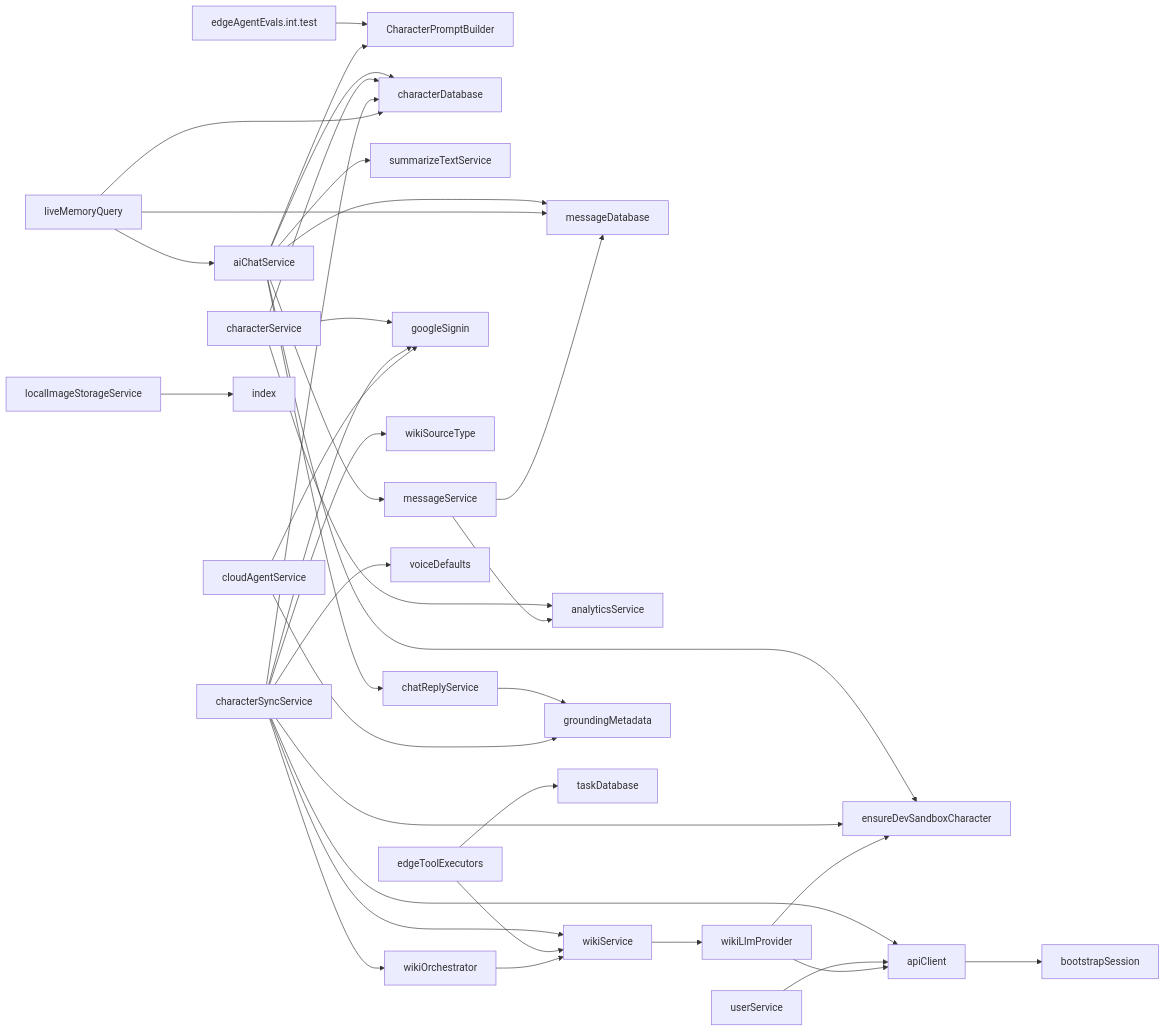
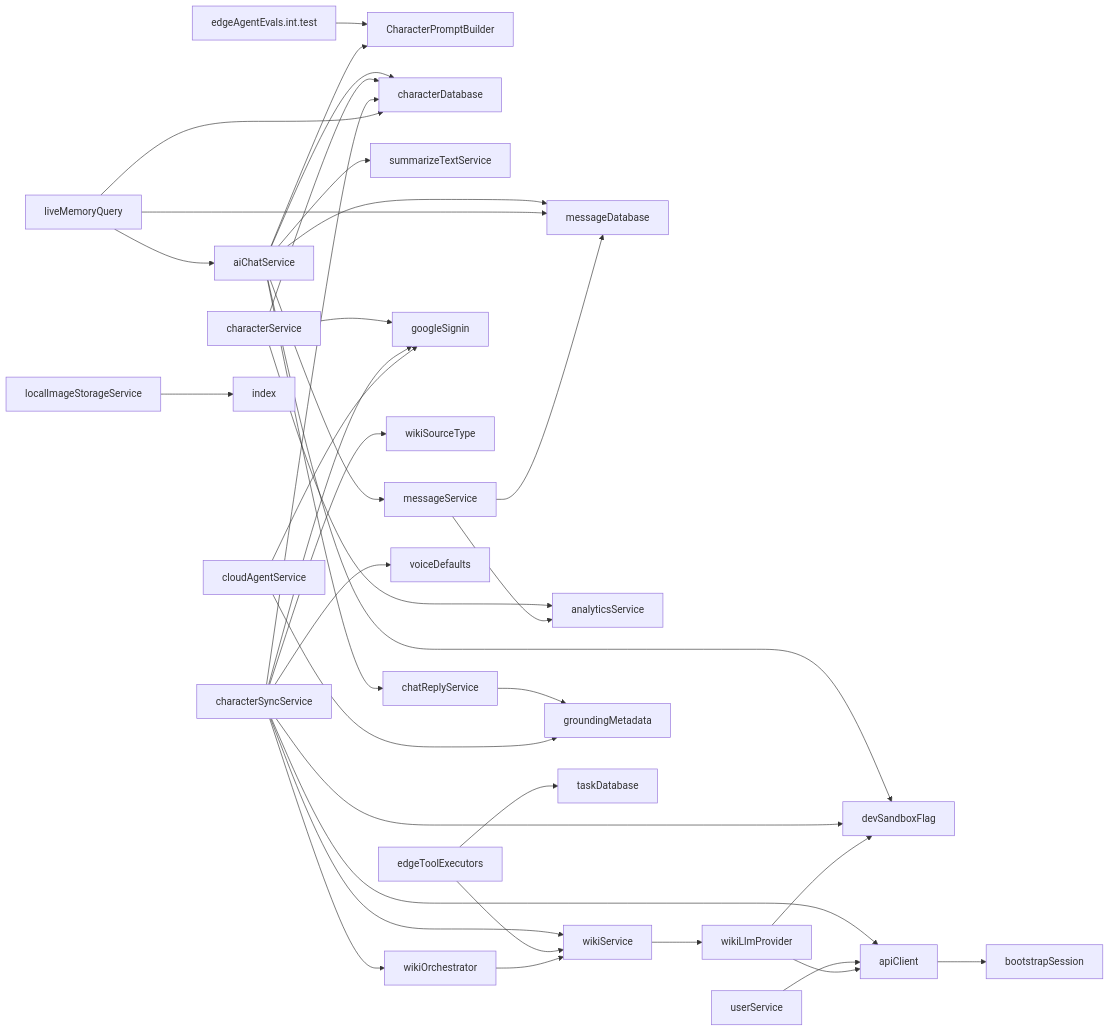
One commit to equationalapplications/clanker changed the diagram in docs/flowcharts/SERVICES.md. Above: the diagram before and after it, drawn with Mermaid. The commit also changed 21 other files, not shown here.

First line of the commit message:
refactor(auth): extract devSandboxFlag to break import cycles

````diff
--- a/docs/flowcharts/SERVICES.md
+++ b/docs/flowcharts/SERVICES.md
@@ -4,39 +4,39 @@
 ```mermaid
 graph LR
   edgeAgentEvals.int.test --> CharacterPromptBuilder
-  aiChatService --> ensureDevSandboxCharacter
+  aiChatService --> devSandboxFlag
   aiChatService --> messageDatabase
   aiChatService --> characterDatabase
   aiChatService --> summarizeTextService
   aiChatService --> messageService
   aiChatService --> CharacterPromptBuilder
   aiChatService --> chatReplyService
   apiClient --> bootstrapSession
   characterService --> googleSignin
   characterService --> characterDatabase
   characterService --> analyticsService
   characterSyncService --> characterDatabase
   characterSyncService --> wikiService
   characterSyncService --> wikiSourceType
   characterSyncService --> apiClient
   characterSyncService --> wikiOrchestrator
-  characterSyncService --> ensureDevSandboxCharacter
+  characterSyncService --> devSandboxFlag
   characterSyncService --> googleSignin
   characterSyncService --> voiceDefaults
   chatReplyService --> groundingMetadata
   cloudAgentService --> googleSignin
   cloudAgentService --> groundingMetadata
   edgeToolExecutors --> wikiService
   edgeToolExecutors --> taskDatabase
   liveMemoryQuery --> aiChatService
   liveMemoryQuery --> messageDatabase
   liveMemoryQuery --> characterDatabase
   localImageStorageService --> index
   messageService --> messageDatabase
   messageService --> analyticsService
   userService --> apiClient
-  wikiLlmProvider --> ensureDevSandboxCharacter
+  wikiLlmProvider --> devSandboxFlag
   wikiLlmProvider --> apiClient
   wikiOrchestrator --> wikiService
   wikiService --> wikiLlmProvider
 ```
````
